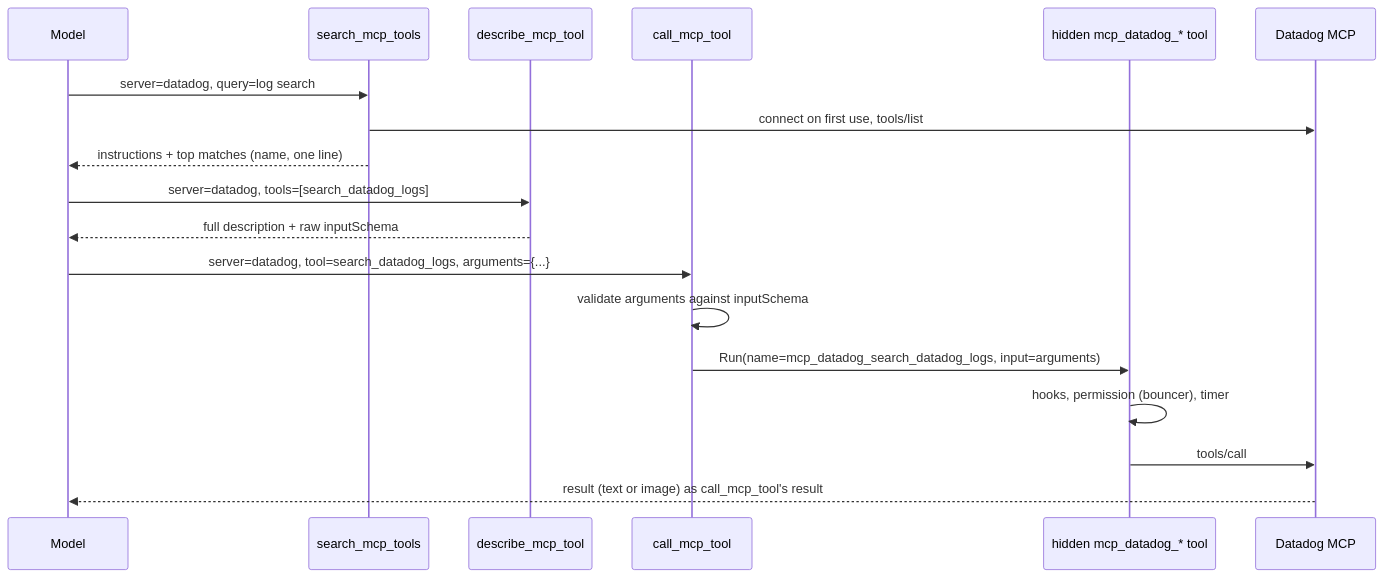
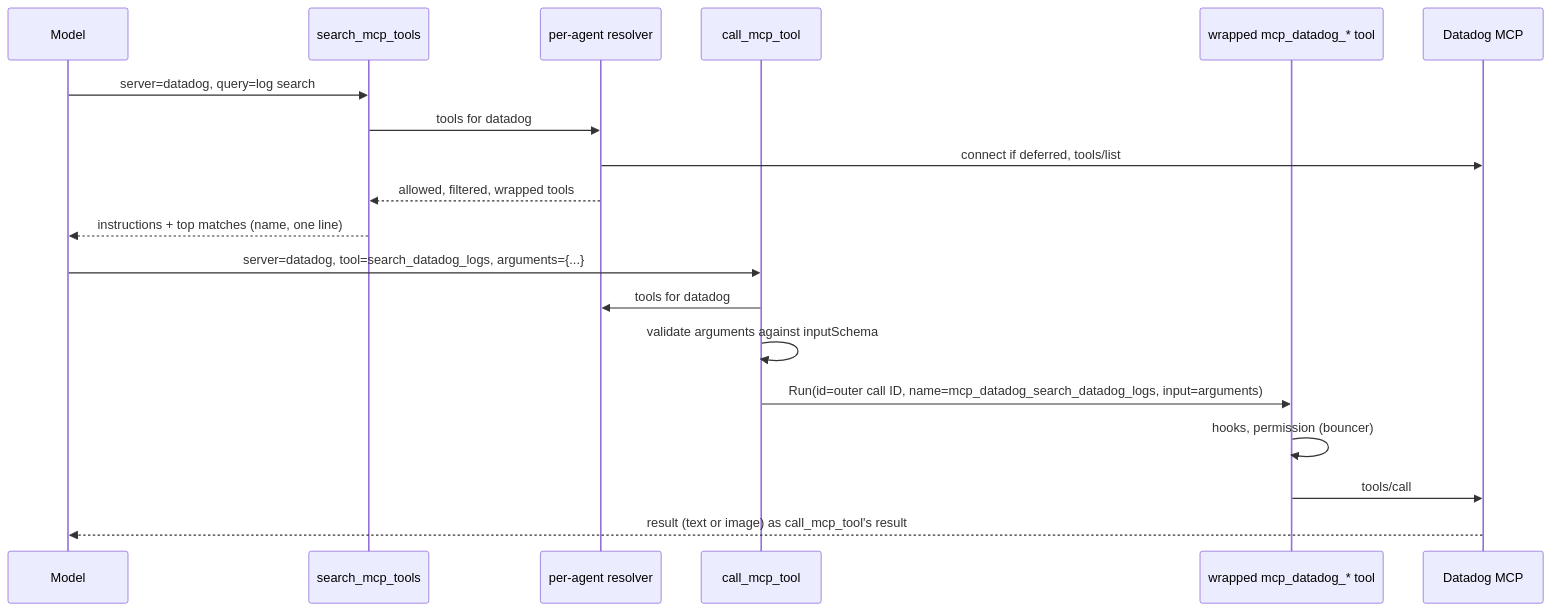
Before and after one commit to Broderick-Westrope/anvil: the diagram in plans/design-2026-10-23-mcp-tool-catalogue.md, drawn with Mermaid. The commit also changed other lines of this file, not shown here.

Commit message:
docs: address first review of MCP tool catalogue design

````diff
--- a/plans/design-2026-10-23-mcp-tool-catalogue.md
+++ b/plans/design-2026-10-23-mcp-tool-catalogue.md
@@ -49,20 +51,21 @@
 ```mermaid
 sequenceDiagram
     participant M as Model
     participant S as search_mcp_tools
-    participant D as describe_mcp_tool
+    participant R as per-agent resolver
     participant C as call_mcp_tool
-    participant T as hidden mcp_datadog_* tool
+    participant T as wrapped mcp_datadog_* tool
     participant X as Datadog MCP
     M->>S: server=datadog, query=log search
-    S->>X: connect on first use, tools/list
+    S->>R: tools for datadog
+    R->>X: connect if deferred, tools/list
+    R-->>S: allowed, filtered, wrapped tools
     S-->>M: instructions + top matches (name, one line)
-    M->>D: server=datadog, tools=[search_datadog_logs]
-    D-->>M: full description + raw inputSchema
     M->>C: server=datadog, tool=search_datadog_logs, arguments={...}
+    C->>R: tools for datadog
     C->>C: validate arguments against inputSchema
-    C->>T: Run(name=mcp_datadog_search_datadog_logs, input=arguments)
-    T->>T: hooks, permission (bouncer), timer
+    C->>T: Run(id=outer call ID, name=mcp_datadog_search_datadog_logs, input=arguments)
+    T->>T: hooks, permission (bouncer)
     T->>X: tools/call
     X-->>M: result (text or image) as call_mcp_tool's result
 ```
````
